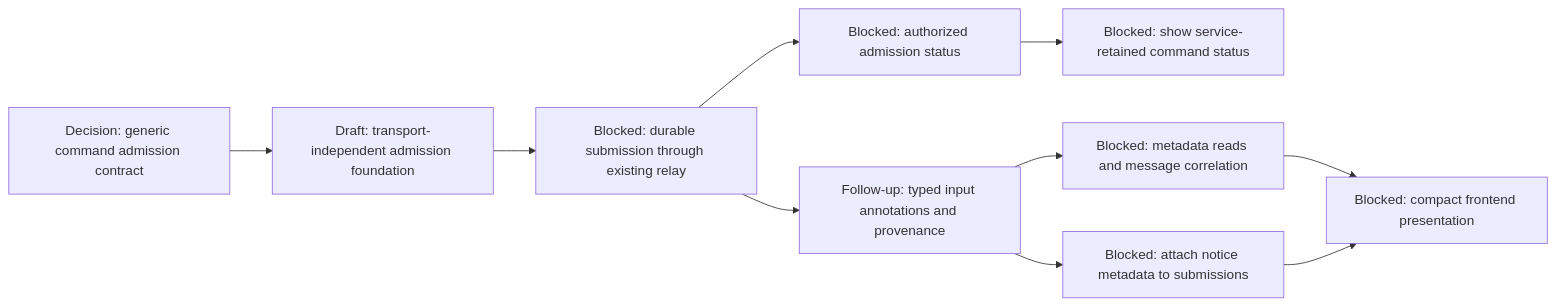
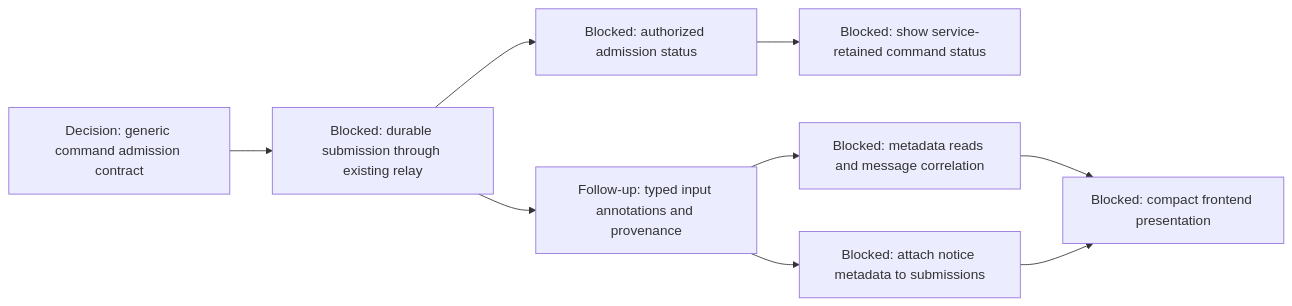
The second of 9 diagrams in agentplane/plans/task_dag.md (agentydragon/ducktape), drawn with Mermaid before and after one commit. The commit also changed other lines of this file and 17 other files, not shown here.

First line of the commit message:
agentplane: durable command admission store on sandbox_commands

````diff
--- a/agentplane/plans/task_dag.md
+++ b/agentplane/plans/task_dag.md
@@ -79,21 +79,19 @@
 ```mermaid
 flowchart LR
     SESSION_COMMAND_CONTRACT[Decision: generic command admission contract]
-    SESSION_COMMAND_CORE[Draft: transport-independent admission foundation]
     SESSION_COMMAND_SUBMISSION[Blocked: durable submission through existing relay]
     SESSION_COMMAND_STATUS_READ[Blocked: authorized admission status]
     SESSION_COMMAND_STATUS_UI[Blocked: show service-retained command status]
     SESSION_INPUT_METADATA[Follow-up: typed input annotations and provenance]
     SESSION_INPUT_METADATA_READ[Blocked: metadata reads and message correlation]
     NOTIFICATION_NOTICE_METADATA[Blocked: attach notice metadata to submissions]
     NOTIFICATION_PRESENTATION[Blocked: compact frontend presentation]
-    SESSION_COMMAND_CONTRACT --> SESSION_COMMAND_CORE
-    SESSION_COMMAND_CORE --> SESSION_COMMAND_SUBMISSION
+    SESSION_COMMAND_CONTRACT --> SESSION_COMMAND_SUBMISSION
     SESSION_COMMAND_SUBMISSION --> SESSION_COMMAND_STATUS_READ
     SESSION_COMMAND_STATUS_READ --> SESSION_COMMAND_STATUS_UI
     SESSION_COMMAND_SUBMISSION --> SESSION_INPUT_METADATA
     SESSION_INPUT_METADATA --> SESSION_INPUT_METADATA_READ
     SESSION_INPUT_METADATA --> NOTIFICATION_NOTICE_METADATA
     SESSION_INPUT_METADATA_READ --> NOTIFICATION_PRESENTATION
     NOTIFICATION_NOTICE_METADATA --> NOTIFICATION_PRESENTATION
 ```
````
